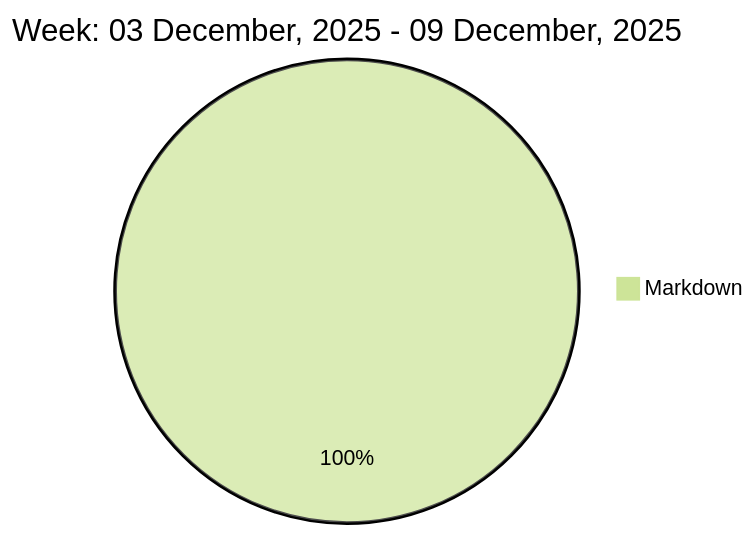
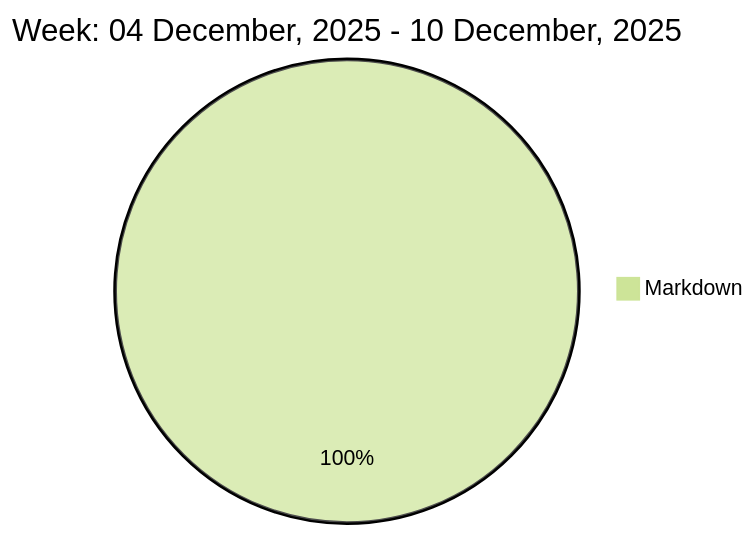
One commit to liubin95/liubin95 changed the diagram in README.md. Above: the diagram before and after it, drawn with Mermaid (forest theme).

Commit message:
Updated the Graph with new Metrics

````diff
--- a/README.md
+++ b/README.md
@@ -37,5 +37,5 @@
 ```mermaid
  pie
-title Week: 03 December, 2025 - 09 December, 2025
- "Markdown" : 2.13
+title Week: 04 December, 2025 - 10 December, 2025
+ "Markdown" : 1.35
 ```
````
